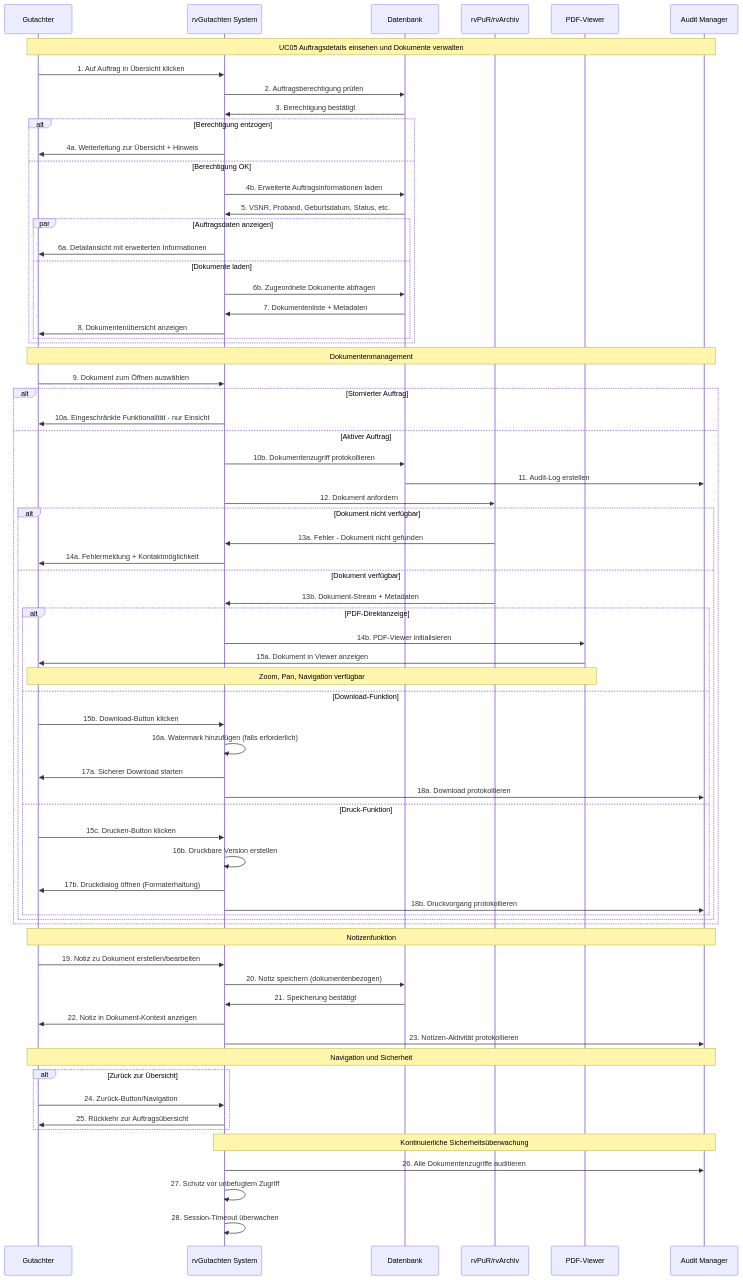
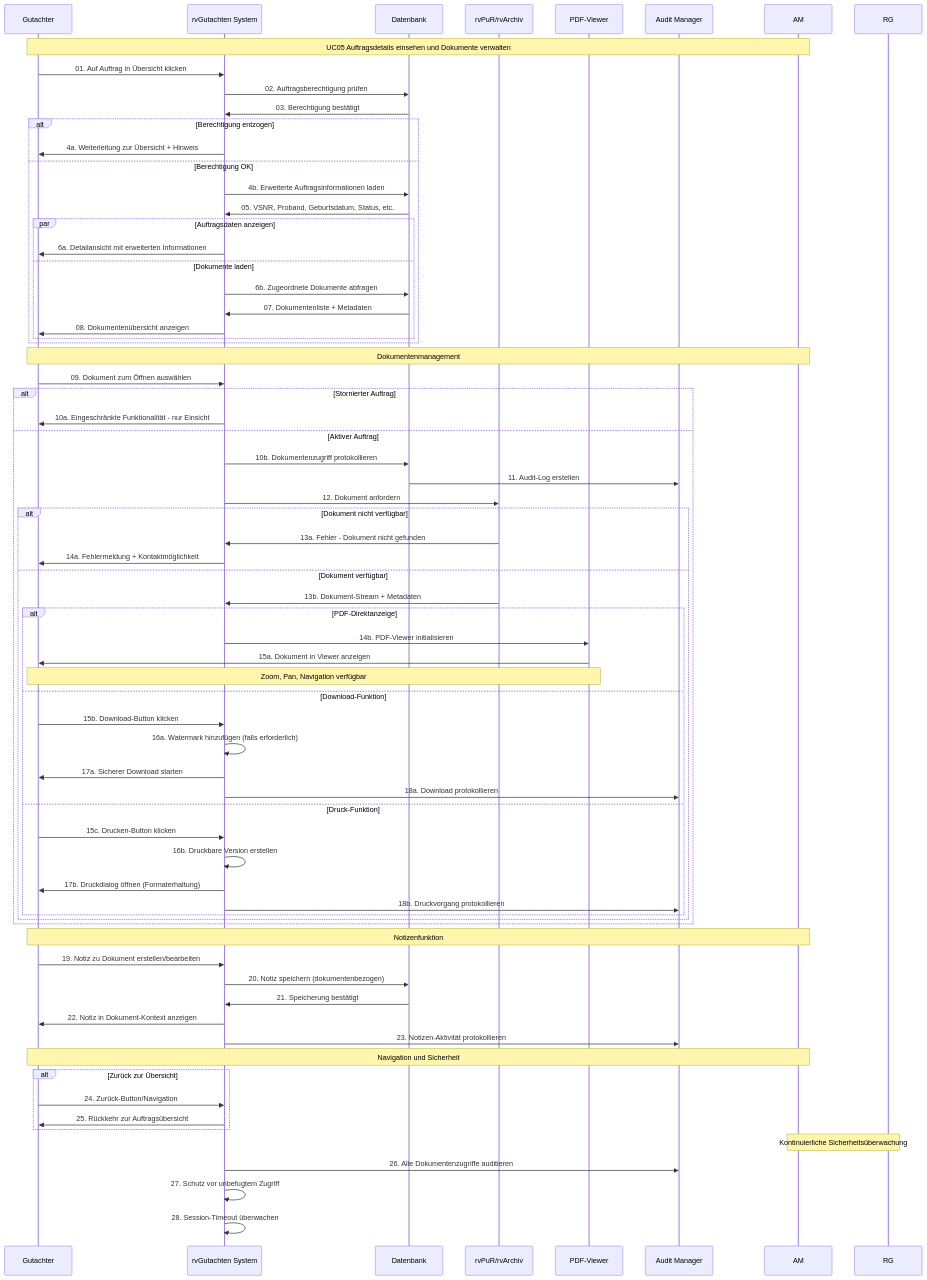
Before and after one commit to megadur/QARvGut: the diagram in docs/UseCases/mermaid/UC-05-Auftragsdetails-und-Dokumenteneinsicht.mmd, drawn with Mermaid. The commit also changed 11 other files, not shown here.

First line of the commit message:
docs: Standardize participant abbreviations and add leading zeros to all UC diagrams

```diff
--- a/docs/UseCases/mermaid/UC-05-Auftragsdetails-und-Dokumenteneinsicht.mmd
+++ b/docs/UseCases/mermaid/UC-05-Auftragsdetails-und-Dokumenteneinsicht.mmd
@@ -1,86 +1,86 @@
 sequenceDiagram
-    participant G as Gutachter
-    participant RG as rvGutachten System
+    participant GUT as Gutachter
+    participant RVG as rvGutachten System
     participant DB as Datenbank
     participant PUR as rvPuR/rvArchiv
     participant PDF as PDF-Viewer
-    participant AM as Audit Manager
+    participant AUD as Audit Manager
 
-    Note over G,AM: UC05 Auftragsdetails einsehen und Dokumente verwalten
+    Note over GUT,AM: UC05 Auftragsdetails einsehen und Dokumente verwalten
 
-    G->>RG: 1. Auf Auftrag in Übersicht klicken
-    RG->>DB: 2. Auftragsberechtigung prüfen
-    DB->>RG: 3. Berechtigung bestätigt
+    GUT->>RVG: 01. Auf Auftrag in Übersicht klicken
+    RVG->>DB: 02. Auftragsberechtigung prüfen
+    DB->>RVG: 03. Berechtigung bestätigt
 
     alt Berechtigung entzogen
-        RG->>G: 4a. Weiterleitung zur Übersicht + Hinweis
+        RVG->>GUT: 4a. Weiterleitung zur Übersicht + Hinweis
     else Berechtigung OK
-        RG->>DB: 4b. Erweiterte Auftragsinformationen laden
-        DB->>RG: 5. VSNR, Proband, Geburtsdatum, Status, etc.
+        RVG->>DB: 4b. Erweiterte Auftragsinformationen laden
+        DB->>RVG: 05. VSNR, Proband, Geburtsdatum, Status, etc.
 
         par Auftragsdaten anzeigen
-            RG->>G: 6a. Detailansicht mit erweiterten Informationen
+            RVG->>GUT: 6a. Detailansicht mit erweiterten Informationen
 
         and Dokumente laden
-            RG->>DB: 6b. Zugeordnete Dokumente abfragen
-            DB->>RG: 7. Dokumentenliste + Metadaten
-            RG->>G: 8. Dokumentenübersicht anzeigen
+            RVG->>DB: 6b. Zugeordnete Dokumente abfragen
+            DB->>RVG: 07. Dokumentenliste + Metadaten
+            RVG->>GUT: 08. Dokumentenübersicht anzeigen
         end
     end
 
-    Note over G,AM: Dokumentenmanagement
+    Note over GUT,AM: Dokumentenmanagement
 
-    G->>RG: 9. Dokument zum Öffnen auswählen
+    GUT->>RVG: 09. Dokument zum Öffnen auswählen
 
     alt Stornierter Auftrag
-        RG->>G: 10a. Eingeschränkte Funktionalität - nur Einsicht
+        RVG->>GUT: 10a. Eingeschränkte Funktionalität - nur Einsicht
     else Aktiver Auftrag
-        RG->>DB: 10b. Dokumentenzugriff protokollieren
-        DB->>AM: 11. Audit-Log erstellen
+        RVG->>DB: 10b. Dokumentenzugriff protokollieren
+        DB->>AUD: 11. Audit-Log erstellen
 
-        RG->>PUR: 12. Dokument anfordern
+        RVG->>PUR: 12. Dokument anfordern
         alt Dokument nicht verfügbar
-            PUR->>RG: 13a. Fehler - Dokument nicht gefunden
-            RG->>G: 14a. Fehlermeldung + Kontaktmöglichkeit
+            PUR->>RVG: 13a. Fehler - Dokument nicht gefunden
+            RVG->>GUT: 14a. Fehlermeldung + Kontaktmöglichkeit
         else Dokument verfügbar
-            PUR->>RG: 13b. Dokument-Stream + Metadaten
+            PUR->>RVG: 13b. Dokument-Stream + Metadaten
 
             alt PDF-Direktanzeige
-                RG->>PDF: 14b. PDF-Viewer initialisieren
-                PDF->>G: 15a. Dokument in Viewer anzeigen
-                Note over G,PDF: Zoom, Pan, Navigation verfügbar
+                RVG->>PDF: 14b. PDF-Viewer initialisieren
+                PDF->>GUT: 15a. Dokument in Viewer anzeigen
+                Note over GUT,PDF: Zoom, Pan, Navigation verfügbar
 
             else Download-Funktion
-                G->>RG: 15b. Download-Button klicken
-                RG->>RG: 16a. Watermark hinzufügen (falls erforderlich)
-                RG->>G: 17a. Sicherer Download starten
-                RG->>AM: 18a. Download protokollieren
+                GUT->>RVG: 15b. Download-Button klicken
+                RVG->>RVG: 16a. Watermark hinzufügen (falls erforderlich)
+                RVG->>GUT: 17a. Sicherer Download starten
+                RVG->>AUD: 18a. Download protokollieren
 
             else Druck-Funktion
-                G->>RG: 15c. Drucken-Button klicken
-                RG->>RG: 16b. Druckbare Version erstellen
-                RG->>G: 17b. Druckdialog öffnen (Formaterhaltung)
-                RG->>AM: 18b. Druckvorgang protokollieren
+                GUT->>RVG: 15c. Drucken-Button klicken
+                RVG->>RVG: 16b. Druckbare Version erstellen
+                RVG->>GUT: 17b. Druckdialog öffnen (Formaterhaltung)
+                RVG->>AUD: 18b. Druckvorgang protokollieren
             end
         end
     end
 
-    Note over G,AM: Notizenfunktion
+    Note over GUT,AM: Notizenfunktion
 
-    G->>RG: 19. Notiz zu Dokument erstellen/bearbeiten
-    RG->>DB: 20. Notiz speichern (dokumentenbezogen)
-    DB->>RG: 21. Speicherung bestätigt
-    RG->>G: 22. Notiz in Dokument-Kontext anzeigen
-    RG->>AM: 23. Notizen-Aktivität protokollieren
+    GUT->>RVG: 19. Notiz zu Dokument erstellen/bearbeiten
+    RVG->>DB: 20. Notiz speichern (dokumentenbezogen)
+    DB->>RVG: 21. Speicherung bestätigt
+    RVG->>GUT: 22. Notiz in Dokument-Kontext anzeigen
+    RVG->>AUD: 23. Notizen-Aktivität protokollieren
 
-    Note over G,AM: Navigation und Sicherheit
+    Note over GUT,AM: Navigation und Sicherheit
 
     alt Zurück zur Übersicht
-        G->>RG: 24. Zurück-Button/Navigation
-        RG->>G: 25. Rückkehr zur Auftragsübersicht
+        GUT->>RVG: 24. Zurück-Button/Navigation
+        RVG->>GUT: 25. Rückkehr zur Auftragsübersicht
     end
 
     Note over RG,AM: Kontinuierliche Sicherheitsüberwachung
-    RG->>AM: 26. Alle Dokumentenzugriffe auditieren
-    RG->>RG: 27. Schutz vor unbefugtem Zugriff
-    RG->>RG: 28. Session-Timeout überwachen
+    RVG->>AUD: 26. Alle Dokumentenzugriffe auditieren
+    RVG->>RVG: 27. Schutz vor unbefugtem Zugriff
+    RVG->>RVG: 28. Session-Timeout überwachen
```
